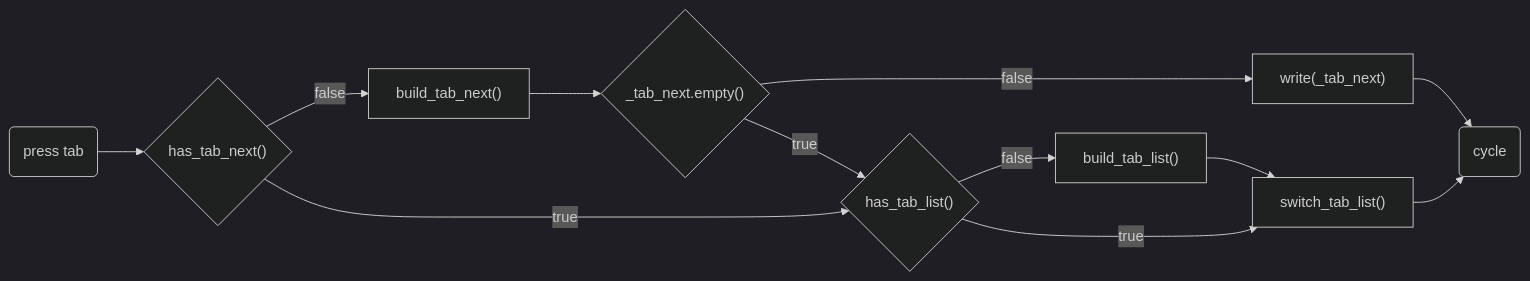
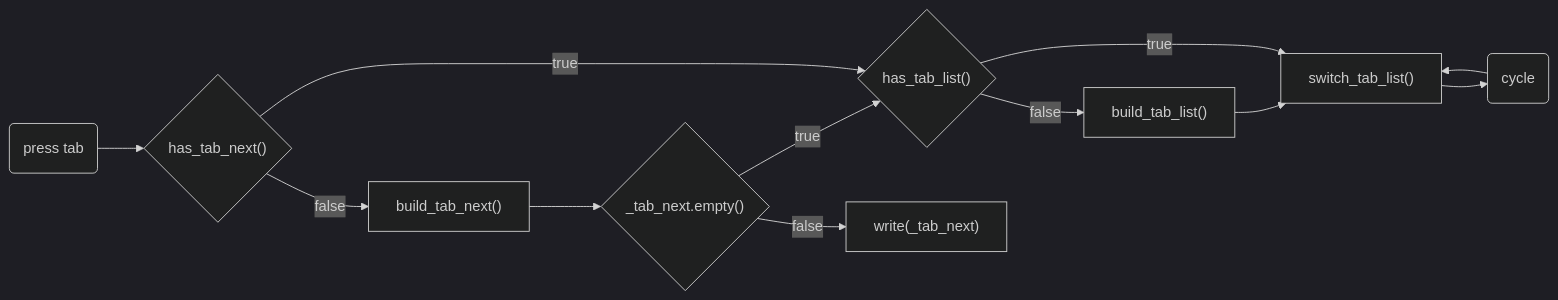
One commit to 1nchy/naive_shell changed the diagram in doc/frontend.md. Above: the diagram before and after it, drawn with Mermaid (dark theme).

Commit message:
feat(doc): document for frontend

```diff
--- a/doc/frontend.md
+++ b/doc/frontend.md
@@ -61,12 +61,12 @@
 ~~~mermaid
 graph LR
 A("press tab") --> B{"has_tab_next()"}
 B --false--> C["build_tab_next()"] --> D{"_tab_next.empty()"}
 D --true--> E{"has_tab_list()"}
 E --false--> F["build_tab_list()"] -->G["switch_tab_list()"]
 E --true--> G
 B --true--> E
 D --false--> H["write(_tab_next)"]
-H --> I("cycle")
-G --> I
+G --> I("cycle")
+I --> G
 ~~~
```
